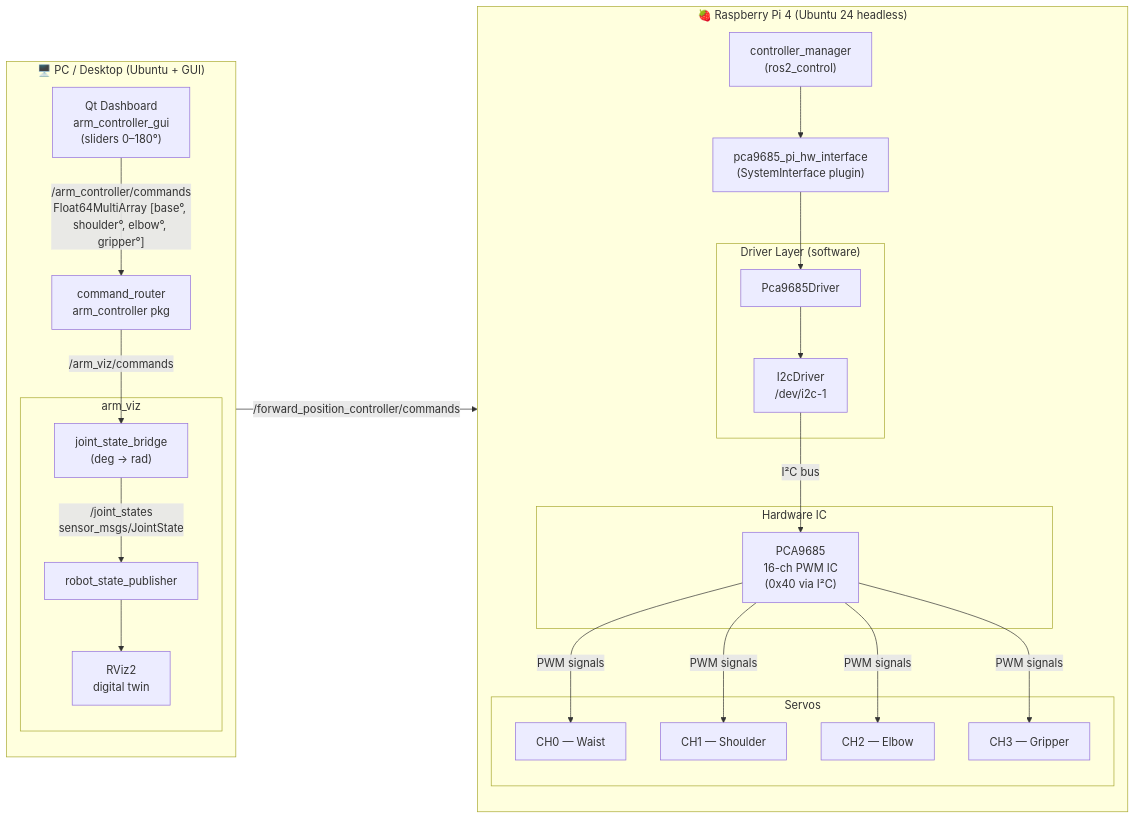
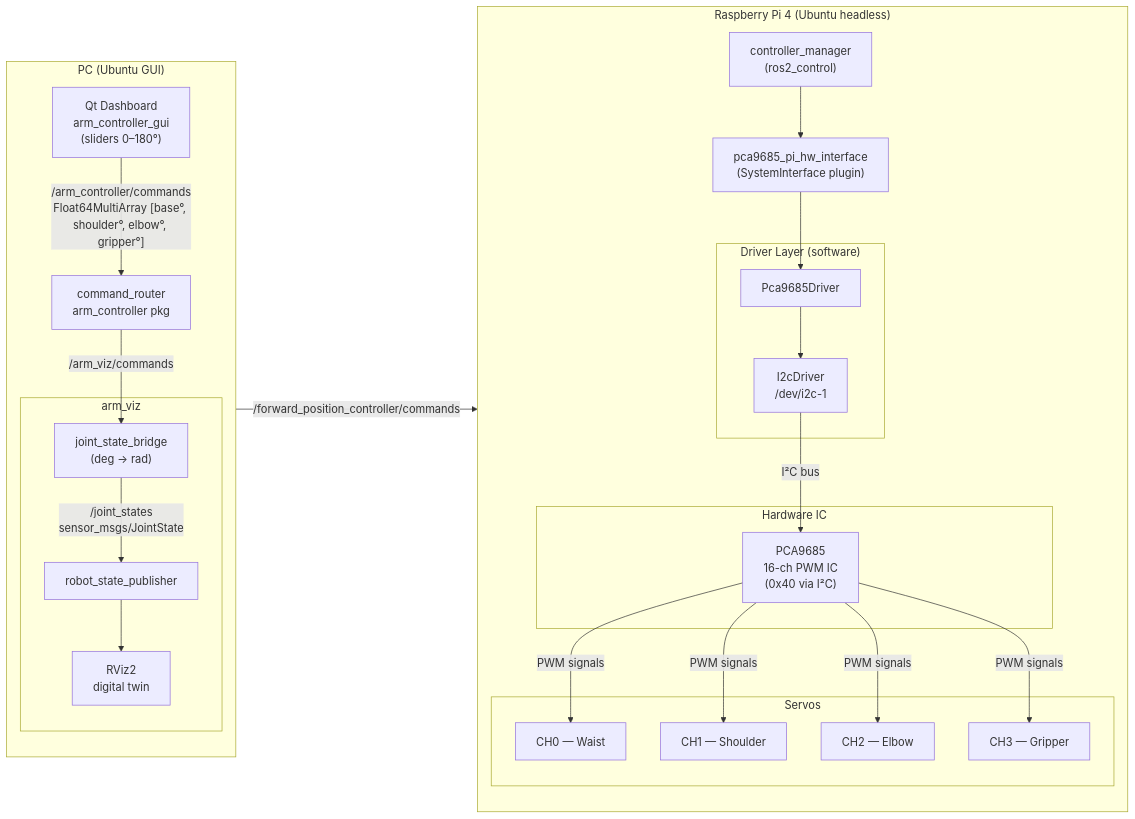
Before and after one commit to Dhouhaga/4DOF-Robotic-Arm-ROS2-QT-CPP: the diagram in README.md, drawn with Mermaid.

````diff
--- a/README.md
+++ b/README.md
@@ -36,43 +36,43 @@
 ```mermaid
 flowchart LR
-    subgraph PC["🖥️  PC / Desktop  (Ubuntu + GUI)"]
+    subgraph PC["PC (Ubuntu GUI)"]
         direction TB
         QT["Qt Dashboard\narm_controller_gui\n(sliders 0–180°)"]
         Router["command_router\narm_controller pkg"]
         subgraph VIZ["arm_viz"]
             Bridge["joint_state_bridge\n(deg → rad)"]
             RSP["robot_state_publisher"]
             RViz["RViz2\ndigital twin"]
         end
     end
 
-    subgraph PI["🍓  Raspberry Pi 4  (Ubuntu 24 headless)"]
+    subgraph PI["Raspberry Pi 4  (Ubuntu headless)"]
         direction TB
         CM["controller_manager\n(ros2_control)"]
         HW["pca9685_pi_hw_interface\n(SystemInterface plugin)"]
         subgraph DRIVER["Driver Layer (software)"]
             PCA_DRV["Pca9685Driver"]
             I2C["I2cDriver\n/dev/i2c-1"]
         end
         subgraph IC["Hardware IC"]
             PCA9685["PCA9685\n16-ch PWM IC\n(0x40 via I²C)"]
         end
         subgraph SERVO["Servos"]
             S1["CH0 — Waist"]
             S2["CH1 — Shoulder"]
             S3["CH2 — Elbow"]
             S4["CH3 — Gripper"]
         end
     end
 
     QT -->|"/arm_controller/commands\nFloat64MultiArray [base°, shoulder°, elbow°, gripper°]"| Router
     Router -->|"/forward_position_controller/commands"| CM
     Router -->|"/arm_viz/commands"| Bridge
     Bridge -->|"/joint_states\nsensor_msgs/JointState"| RSP
     RSP --> RViz
     CM --> HW
     HW --> PCA_DRV
     PCA_DRV --> I2C
     I2C -->|"I²C bus"| PCA9685
     PCA9685 -->|"PWM signals"| S1 & S2 & S3 & S4
 ```
````
